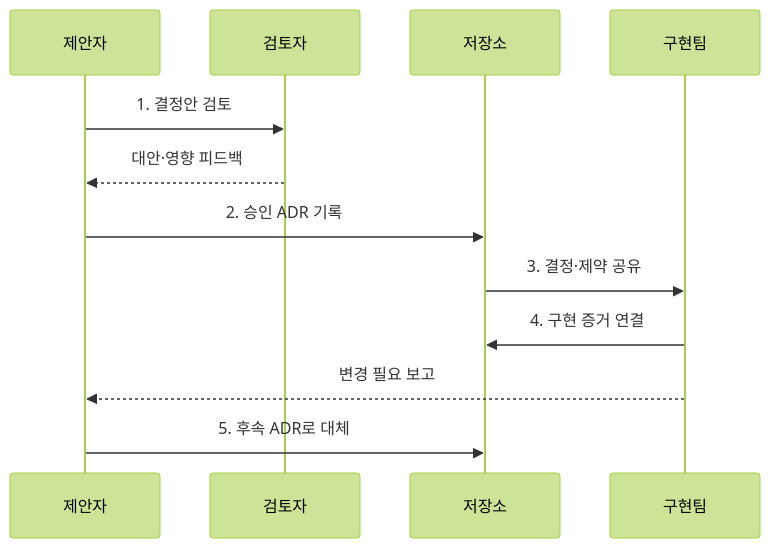
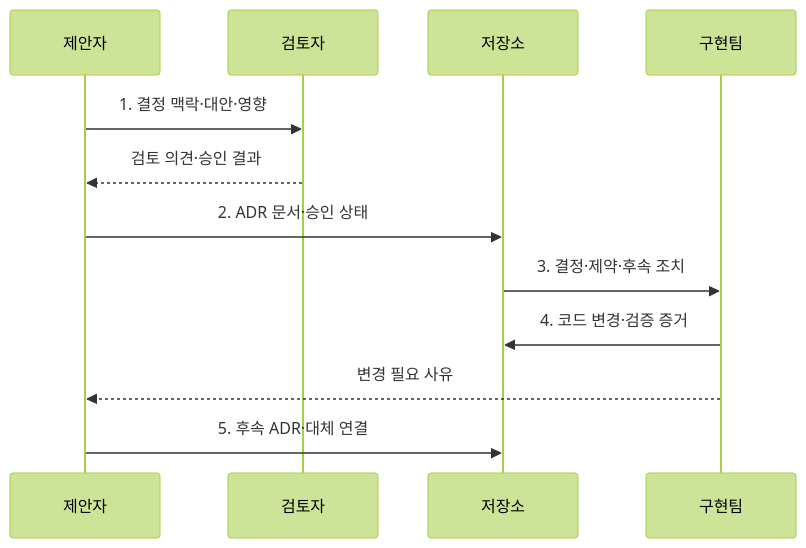
Before and after one commit to agnusdei1207/knowledge-base: the second of 2 diagrams in src/content/docs/notes/03-software/076_architecture_decision_record.md, drawn with Mermaid (forest theme). The commit also changed other lines of this file and 20 other files, not shown here.

````diff
--- a/src/content/docs/notes/03-software/076_architecture_decision_record.md
+++ b/src/content/docs/notes/03-software/076_architecture_decision_record.md
@@ -75,14 +78,14 @@
 ```mermaid
 sequenceDiagram
     participant P as 제안자
     participant R as 검토자
     participant V as 저장소
     participant I as 구현팀
-    P->>R: 1. 결정안 검토
-    R-->>P: 대안·영향 피드백
-    P->>V: 2. 승인 ADR 기록
-    V->>I: 3. 결정·제약 공유
-    I->>V: 4. 구현 증거 연결
-    I-->>P: 변경 필요 보고
-    P->>V: 5. 후속 ADR로 대체
+    P->>R: 1. 결정 맥락·대안·영향
+    R-->>P: 검토 의견·승인 결과
+    P->>V: 2. ADR 문서·승인 상태
+    V->>I: 3. 결정·제약·후속 조치
+    I->>V: 4. 코드 변경·검증 증거
+    I-->>P: 변경 필요 사유
+    P->>V: 5. 후속 ADR·대체 연결
 ```
````
